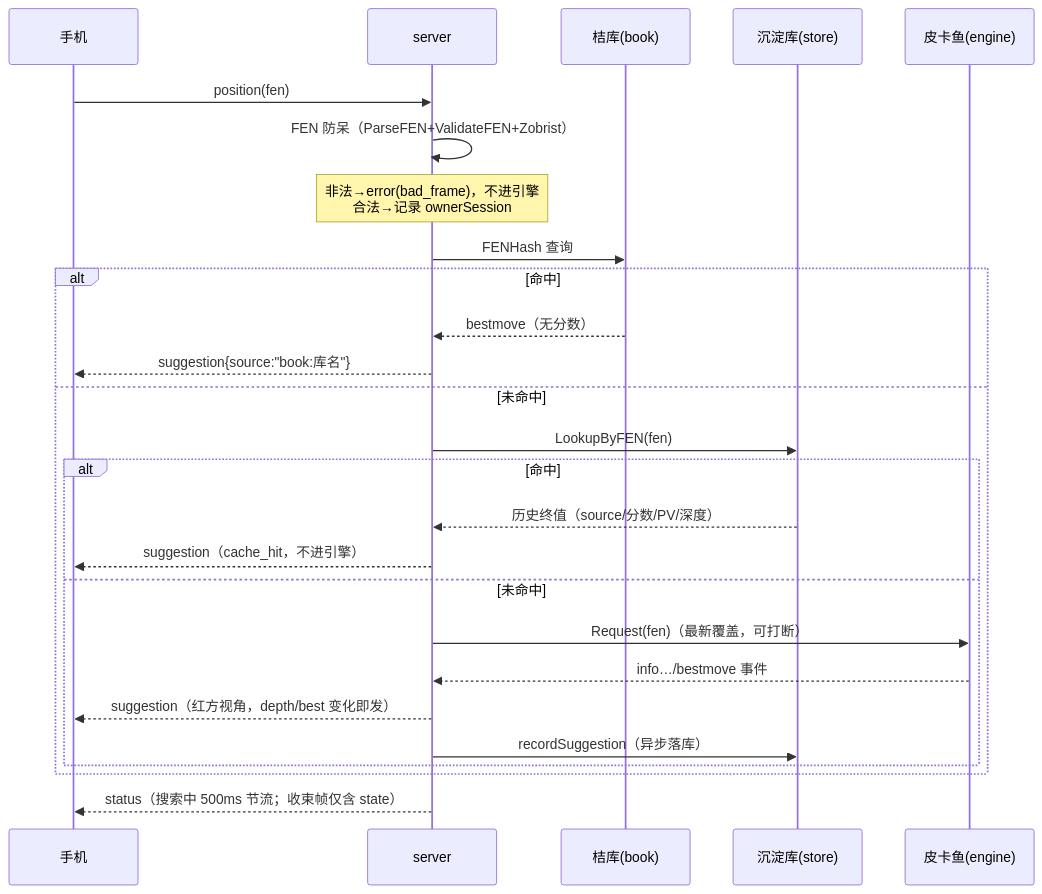
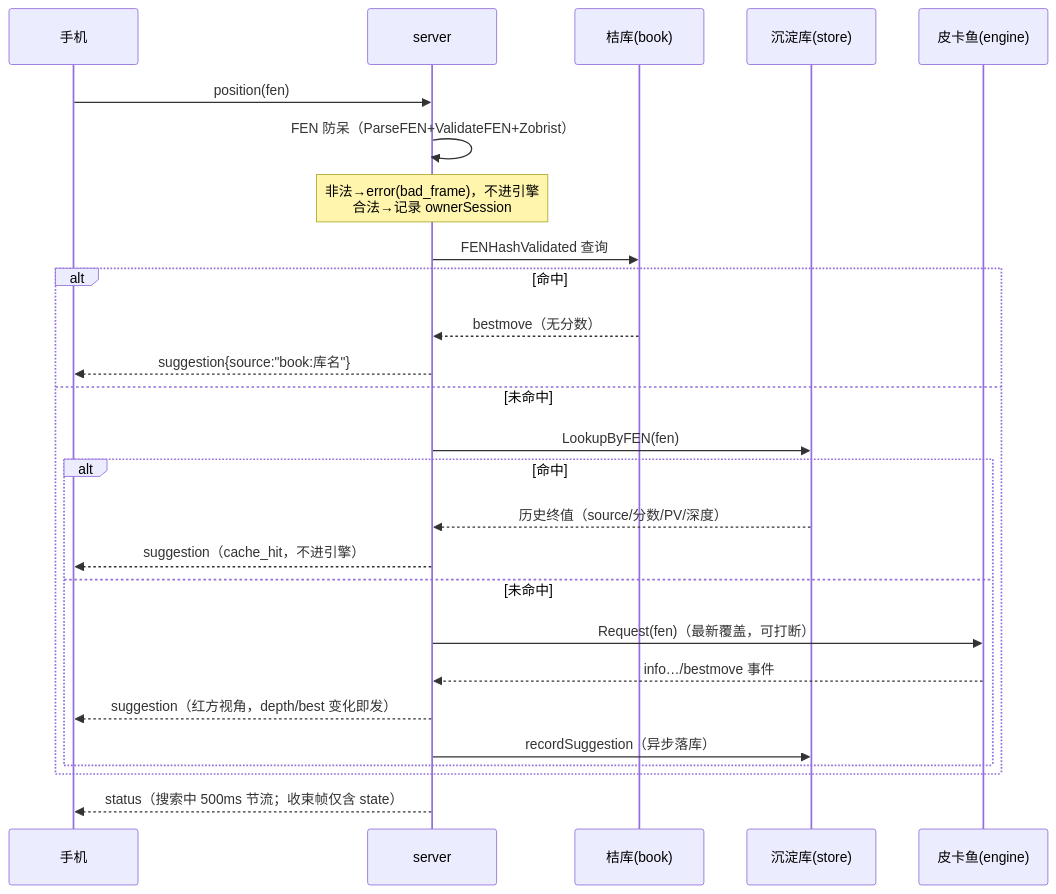
One commit to Silva6c/cabinet changed the second of 3 diagrams in docs/technical-overview.md. Above: the diagram before and after it, drawn with Mermaid. The commit also changed other lines of this file and 81 other files, not shown here.

````diff
--- a/docs/technical-overview.md
+++ b/docs/technical-overview.md
@@ -122,28 +122,28 @@
 ```mermaid
 sequenceDiagram
     participant P as 手机
     participant S as server
     participant B as 桔库(book)
     participant T as 沉淀库(store)
     participant E as 皮卡鱼(engine)
     P->>S: position(fen)
     S->>S: FEN 防呆（ParseFEN+ValidateFEN+Zobrist）
     Note over S: 非法→error(bad_frame)，不进引擎<br/>合法→记录 ownerSession
-    S->>B: FENHash 查询
+    S->>B: FENHashValidated 查询
     alt 命中
         B-->>S: bestmove（无分数）
         S-->>P: suggestion{source:"book:库名"}
     else 未命中
         S->>T: LookupByFEN(fen)
         alt 命中
             T-->>S: 历史终值（source/分数/PV/深度）
             S-->>P: suggestion（cache_hit，不进引擎）
         else 未命中
             S->>E: Request(fen)（最新覆盖，可打断）
             E-->>S: info…/bestmove 事件
             S-->>P: suggestion（红方视角，depth/best 变化即发）
             S->>T: recordSuggestion（异步落库）
         end
     end
     S-->>P: status（搜索中 500ms 节流；收束帧仅含 state）
 ```
````
